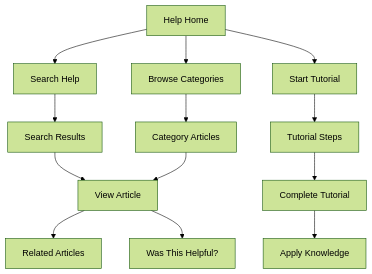
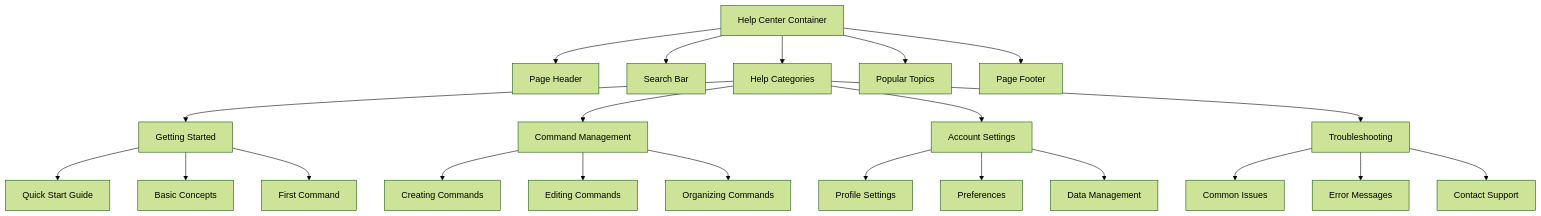
Before and after one commit to m3au/meows: the first of 2 diagrams in pages/help.md, drawn with Mermaid (forest theme). The commit also changed other lines of this file and 2 other files, not shown here.

First line of the commit message:
Update legal page documentation with consistent implementation details

````diff
--- a/pages/help.md
+++ b/pages/help.md
@@ -75,18 +17,29 @@
 ```mermaid
 flowchart TD
-    A[Help Home] --> B[Search Help]
-    A --> C[Browse Categories]
-    A --> D[Start Tutorial]
+    Help[Help Center Container] --> Header[Page Header]
+    Help --> Search[Search Bar]
+    Help --> Categories[Help Categories]
+    Help --> Popular[Popular Topics]
+    Help --> Footer[Page Footer]
 
-    B --> E[Search Results]
-    C --> F[Category Articles]
-    D --> G[Tutorial Steps]
+    Categories --> Cat1[Getting Started]
+    Categories --> Cat2[Command Management]
+    Categories --> Cat3[Account Settings]
+    Categories --> Cat4[Troubleshooting]
 
-    E --> H[View Article]
-    F --> H
-    G --> I[Complete Tutorial]
+    Cat1 --> Topic1[Quick Start Guide]
+    Cat1 --> Topic2[Basic Concepts]
+    Cat1 --> Topic3[First Command]
 
-    H --> J[Related Articles]
-    H --> K[Was This Helpful?]
-    I --> L[Apply Knowledge]
+    Cat2 --> Topic4[Creating Commands]
+    Cat2 --> Topic5[Editing Commands]
+    Cat2 --> Topic6[Organizing Commands]
+
+    Cat3 --> Topic7[Profile Settings]
+    Cat3 --> Topic8[Preferences]
+    Cat3 --> Topic9[Data Management]
+
+    Cat4 --> Topic10[Common Issues]
+    Cat4 --> Topic11[Error Messages]
+    Cat4 --> Topic12[Contact Support]
 ```
````
